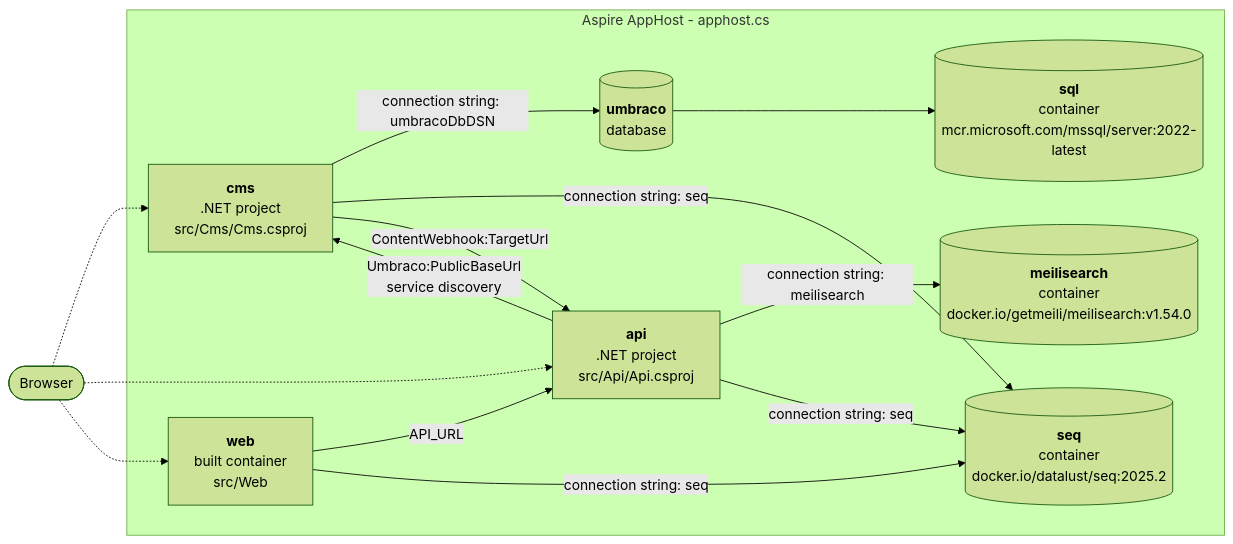
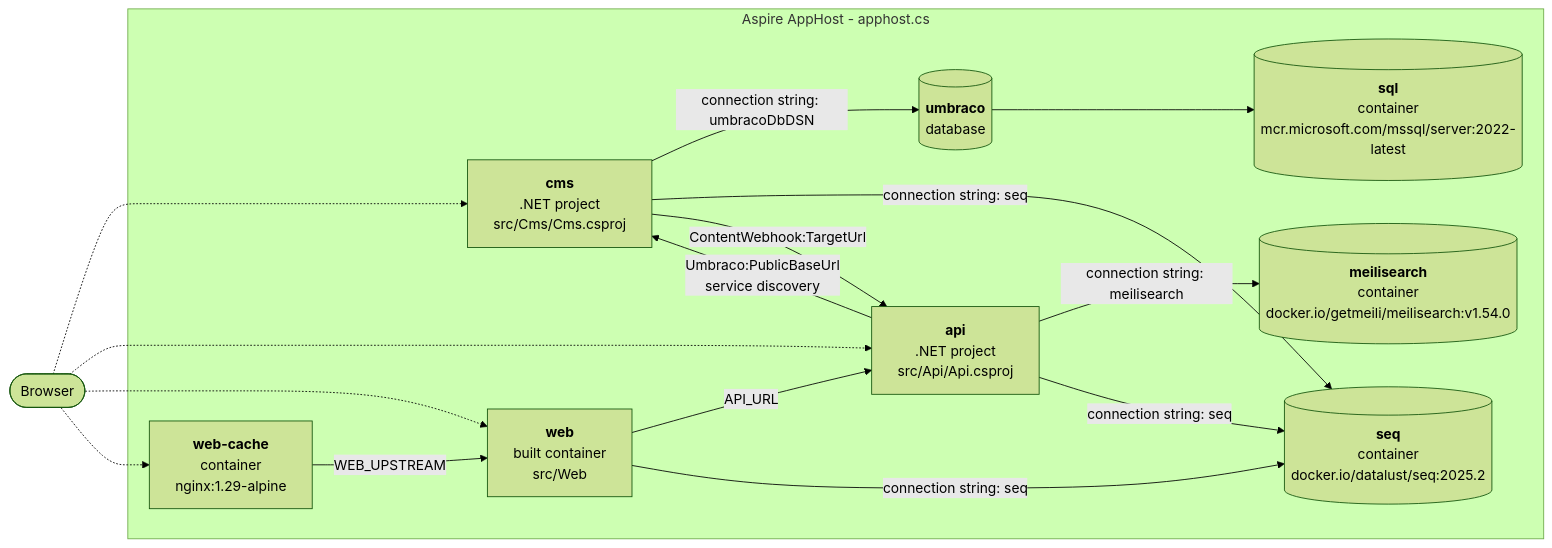
The diagram in README.md (Snipon/aspire-mess-starter), drawn with Mermaid (forest theme) before and after one commit. The commit also changed other lines of this file and 38 other files, not shown here.

````diff
--- a/README.md
+++ b/README.md
@@ -13,27 +13,30 @@
 ```mermaid
 flowchart LR
     browser([Browser])
 
     subgraph apphost[Aspire AppHost - apphost.cs]
         sql[("<b>sql</b><br/>container<br/>mcr.microsoft.com/mssql/server:2022-latest")]
         umbraco[("<b>umbraco</b><br/>database")]
         meilisearch[("<b>meilisearch</b><br/>container<br/>docker.io/getmeili/meilisearch:v1.54.0")]
         seq[("<b>seq</b><br/>container<br/>docker.io/datalust/seq:2025.2")]
         cms["<b>cms</b><br/>.NET project<br/>src/Cms/Cms.csproj"]
         api["<b>api</b><br/>.NET project<br/>src/Api/Api.csproj"]
         web["<b>web</b><br/>built container<br/>src/Web"]
+        web_cache["<b>web-cache</b><br/>container<br/>nginx:1.29-alpine"]
     end
 
     browser -.-> cms
     browser -.-> api
     browser -.-> web
+    browser -.-> web_cache
     umbraco --> sql
     cms -- "connection string: umbracoDbDSN" --> umbraco
     cms -- "connection string: seq" --> seq
     cms -- "ContentWebhook:TargetUrl" --> api
     api -- "Umbraco:PublicBaseUrl<br/>service discovery" --> cms
     api -- "connection string: meilisearch" --> meilisearch
     api -- "connection string: seq" --> seq
     web -- "API_URL" --> api
     web -- "connection string: seq" --> seq
+    web_cache -- "WEB_UPSTREAM" --> web
 ```
````
